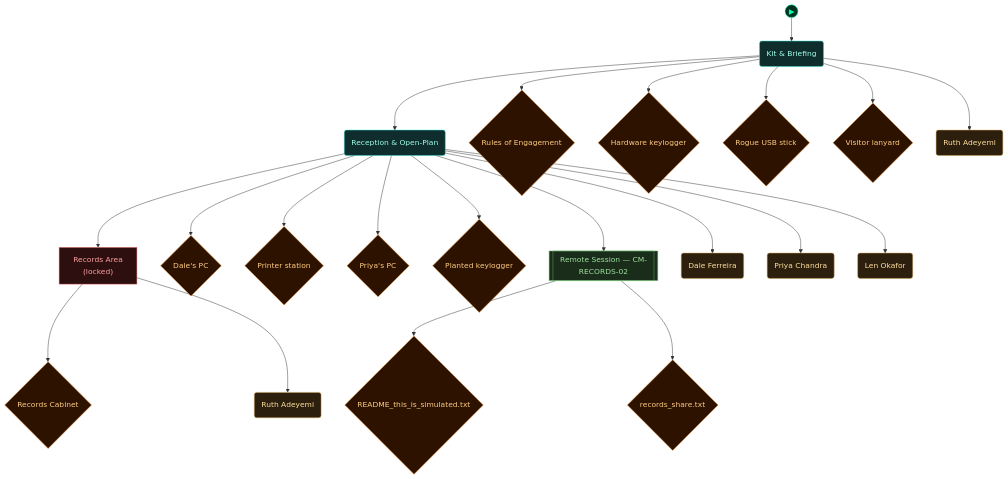
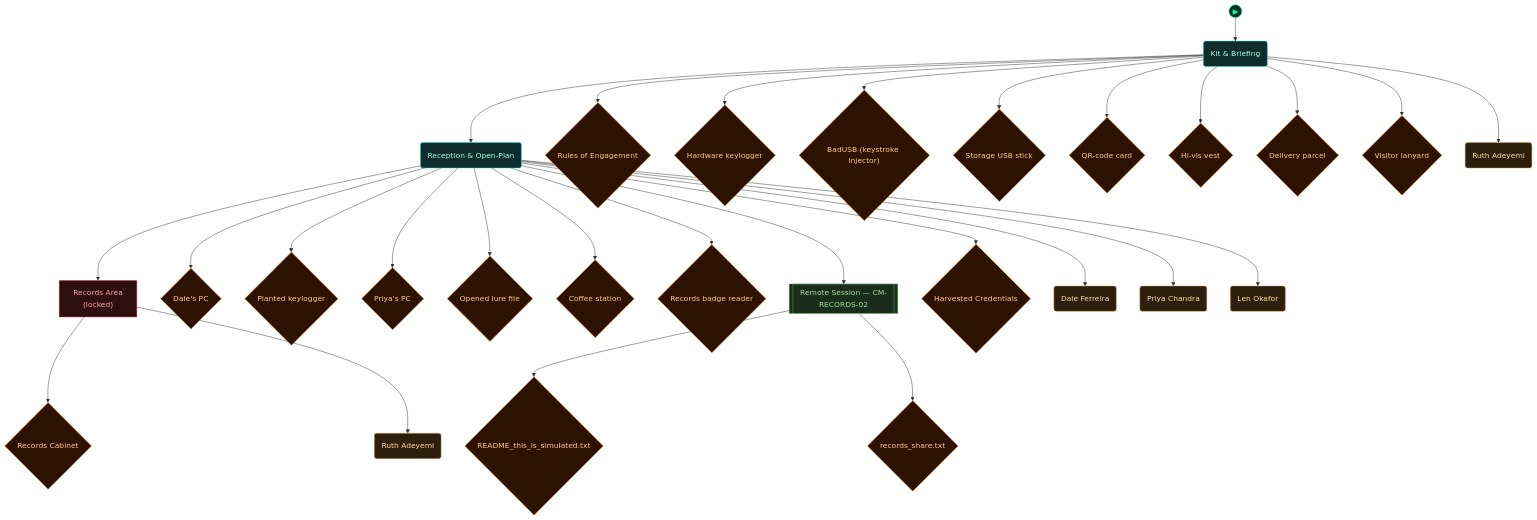
Before and after one commit to cliffe/BreakEscape: the fifth of 5 diagrams in scenarios/lab_physical_pentest/dungeon_graph.md, drawn with Mermaid. The commit also changed other lines of this file and 7 other files, not shown here.

````diff
--- a/scenarios/lab_physical_pentest/dungeon_graph.md
+++ b/scenarios/lab_physical_pentest/dungeon_graph.md
@@ -226,46 +226,60 @@
   secure_area["Records Area<br/>(locked)"]
   rc_roe_board_1{"Rules of Engagement"}
   rc_kit_keylogger_2{"Hardware keylogger"}
-  rc_kit_usb_3{"Rogue USB stick"}
-  rc_kit_lanyard_4{"Visitor lanyard"}
-  rc_npc_ruth_adeyemi_5("Ruth Adeyemi")
-  rc_staff_pc_6{"Dale's PC"}
-  rc_usb_drop_point_7{"Printer station"}
-  rc_usb_target_pc_8{"Priya's PC"}
-  rc_planted_keylogger_9{"Planted keylogger"}
-  rc_records_remote_10[["Remote Session — CM-RECORDS-02"]]
-  rc_obj11_11{"README_this_is_simulated.txt"}
-  rc_obj12_12{"records_share.txt"}
-  rc_npc_dale_ferreira_13("Dale Ferreira")
-  rc_npc_priya_chandra_14("Priya Chandra")
-  rc_npc_len_okafor_15("Len Okafor")
-  rc_records_cabinet_16{"Records Cabinet"}
-  rc_npc_ruth_adeyemi_17("Ruth Adeyemi")
+  rc_kit_badusb_3{"BadUSB (keystroke injector)"}
+  rc_kit_usb_4{"Storage USB stick"}
+  rc_kit_qr_5{"QR-code card"}
+  rc_kit_hivis_6{"Hi-vis vest"}
+  rc_kit_parcel_7{"Delivery parcel"}
+  rc_kit_lanyard_8{"Visitor lanyard"}
+  rc_npc_ruth_adeyemi_9("Ruth Adeyemi")
+  rc_staff_pc_10{"Dale's PC"}
+  rc_planted_keylogger_11{"Planted keylogger"}
+  rc_usb_target_pc_12{"Priya's PC"}
+  rc_usb_malware_note_13{"Opened lure file"}
+  rc_coffee_station_14{"Coffee station"}
+  rc_badge_reader_15{"Records badge reader"}
+  rc_records_remote_16[["Remote Session — CM-RECORDS-02"]]
+  rc_obj17_17{"README_this_is_simulated.txt"}
+  rc_obj18_18{"records_share.txt"}
+  rc_captures_terminal_19{"Harvested Credentials"}
+  rc_npc_dale_ferreira_20("Dale Ferreira")
+  rc_npc_priya_chandra_21("Priya Chandra")
+  rc_npc_len_okafor_22("Len Okafor")
+  rc_records_cabinet_23{"Records Cabinet"}
+  rc_npc_ruth_adeyemi_24("Ruth Adeyemi")
 
   briefing_room --> open_plan
   open_plan --> secure_area
   briefing_room --> rc_roe_board_1
   briefing_room --> rc_kit_keylogger_2
-  briefing_room --> rc_kit_usb_3
-  briefing_room --> rc_kit_lanyard_4
-  briefing_room --> rc_npc_ruth_adeyemi_5
-  open_plan --> rc_staff_pc_6
-  open_plan --> rc_usb_drop_point_7
-  open_plan --> rc_usb_target_pc_8
-  open_plan --> rc_planted_keylogger_9
-  open_plan --> rc_records_remote_10
-  rc_records_remote_10 --> rc_obj11_11
-  rc_records_remote_10 --> rc_obj12_12
-  open_plan --> rc_npc_dale_ferreira_13
-  open_plan --> rc_npc_priya_chandra_14
-  open_plan --> rc_npc_len_okafor_15
-  secure_area --> rc_records_cabinet_16
-  secure_area --> rc_npc_ruth_adeyemi_17
+  briefing_room --> rc_kit_badusb_3
+  briefing_room --> rc_kit_usb_4
+  briefing_room --> rc_kit_qr_5
+  briefing_room --> rc_kit_hivis_6
+  briefing_room --> rc_kit_parcel_7
+  briefing_room --> rc_kit_lanyard_8
+  briefing_room --> rc_npc_ruth_adeyemi_9
+  open_plan --> rc_staff_pc_10
+  open_plan --> rc_planted_keylogger_11
+  open_plan --> rc_usb_target_pc_12
+  open_plan --> rc_usb_malware_note_13
+  open_plan --> rc_coffee_station_14
+  open_plan --> rc_badge_reader_15
+  open_plan --> rc_records_remote_16
+  rc_records_remote_16 --> rc_obj17_17
+  rc_records_remote_16 --> rc_obj18_18
+  open_plan --> rc_captures_terminal_19
+  open_plan --> rc_npc_dale_ferreira_20
+  open_plan --> rc_npc_priya_chandra_21
+  open_plan --> rc_npc_len_okafor_22
+  secure_area --> rc_records_cabinet_23
+  secure_area --> rc_npc_ruth_adeyemi_24
 
   class briefing_room,open_plan room
   class secure_area lock
-  class rc_roe_board_1,rc_kit_keylogger_2,rc_kit_usb_3,rc_kit_lanyard_4,rc_staff_pc_6,rc_usb_drop_point_7,rc_usb_target_pc_8,rc_planted_keylogger_9,rc_obj11_11,rc_obj12_12,rc_records_cabinet_16 item
-  class rc_npc_ruth_adeyemi_5,rc_npc_dale_ferreira_13,rc_npc_priya_chandra_14,rc_npc_len_okafor_15,rc_npc_ruth_adeyemi_17 npc
-  class rc_records_remote_10 container
+  class rc_roe_board_1,rc_kit_keylogger_2,rc_kit_badusb_3,rc_kit_usb_4,rc_kit_qr_5,rc_kit_hivis_6,rc_kit_parcel_7,rc_kit_lanyard_8,rc_staff_pc_10,rc_planted_keylogger_11,rc_usb_target_pc_12,rc_usb_malware_note_13,rc_coffee_station_14,rc_badge_reader_15,rc_obj17_17,rc_obj18_18,rc_captures_terminal_19,rc_records_cabinet_23 item
+  class rc_npc_ruth_adeyemi_9,rc_npc_dale_ferreira_20,rc_npc_priya_chandra_21,rc_npc_len_okafor_22,rc_npc_ruth_adeyemi_24 npc
+  class rc_records_remote_16 container
   class node_start start
 ```
````
